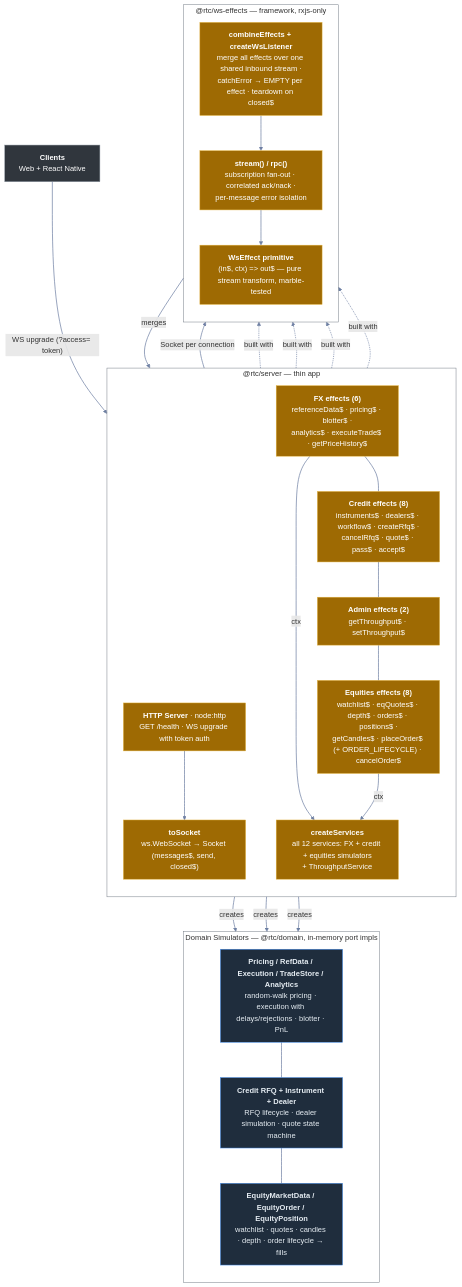
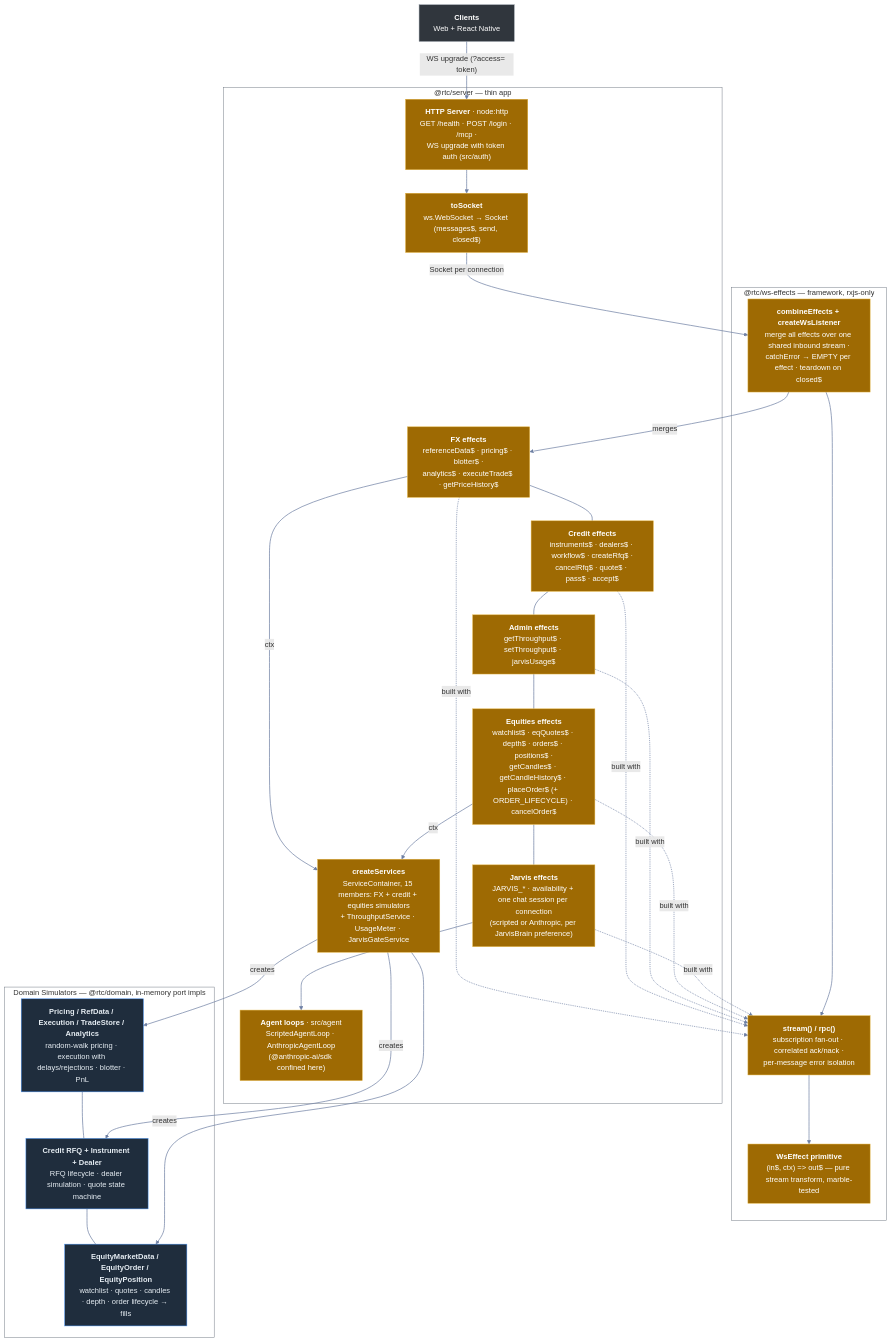
The seventh of 7 diagrams in docs/architecture/02-c4-model.md (bettersoftware-io/ReactiveTraderCloudClone), drawn with Mermaid before and after one commit. The commit also changed other lines of this file, not shown here.

First line of the commit message:
docs(architecture): C4 containers cover the cores, leaves and tooling

````diff
--- a/docs/architecture/02-c4-model.md
+++ b/docs/architecture/02-c4-model.md
@@ -353,50 +405,51 @@
 ```mermaid
 flowchart TB
     client["<b>Clients</b><br/>Web + React Native"]:::actor
 
     subgraph srv["@rtc/server — thin app"]
-        direction TB
-        http["<b>HTTP Server</b> · node:http<br/>GET /health · WS upgrade with token auth"]:::server
+        http["<b>HTTP Server</b> · node:http<br/>GET /health · POST /login · /mcp ·<br/>WS upgrade with token auth (src/auth)"]:::server
         toSocket["<b>toSocket</b><br/>ws.WebSocket → Socket (messages$, send, closed$)"]:::server
-        fxFx["<b>FX effects (6)</b><br/>referenceData$ · pricing$ · blotter$ ·<br/>analytics$ · executeTrade$ · getPriceHistory$"]:::server
-        fxCredit["<b>Credit effects (8)</b><br/>instruments$ · dealers$ · workflow$ · createRfq$ ·<br/>cancelRfq$ · quote$ · pass$ · accept$"]:::server
-        fxAdmin["<b>Admin effects (2)</b><br/>getThroughput$ · setThroughput$"]:::server
-        fxEq["<b>Equities effects (8)</b><br/>watchlist$ · eqQuotes$ · depth$ · orders$ · positions$ ·<br/>getCandles$ · placeOrder$ (+ ORDER_LIFECYCLE) · cancelOrder$"]:::server
-        svcContainer["<b>createServices</b><br/>all 12 services: FX + credit + equities simulators<br/>+ ThroughputService"]:::server
+        fxFx["<b>FX effects</b><br/>referenceData$ · pricing$ · blotter$ ·<br/>analytics$ · executeTrade$ · getPriceHistory$"]:::server
+        fxCredit["<b>Credit effects</b><br/>instruments$ · dealers$ · workflow$ · createRfq$ ·<br/>cancelRfq$ · quote$ · pass$ · accept$"]:::server
+        fxAdmin["<b>Admin effects</b><br/>getThroughput$ · setThroughput$ · jarvisUsage$"]:::server
+        fxEq["<b>Equities effects</b><br/>watchlist$ · eqQuotes$ · depth$ · orders$ · positions$ ·<br/>getCandles$ · getCandleHistory$ · placeOrder$ (+ ORDER_LIFECYCLE) · cancelOrder$"]:::server
+        fxJarvis["<b>Jarvis effects</b><br/>JARVIS_* · availability + one chat session per connection<br/>(scripted or Anthropic, per JarvisBrain preference)"]:::server
+        agent["<b>Agent loops</b> · src/agent<br/>ScriptedAgentLoop · AnthropicAgentLoop<br/>(@anthropic-ai/sdk confined here)"]:::server
+        svcContainer["<b>createServices</b><br/>ServiceContainer, 15 members: FX + credit + equities simulators<br/>+ ThroughputService · UsageMeter · JarvisGateService"]:::server
         http --> toSocket
         fxFx ~~~ fxCredit ~~~ fxAdmin ~~~ fxEq
+        fxEq ~~~ fxJarvis
+        fxJarvis --> agent
     end
 
     subgraph fw["@rtc/ws-effects — framework, rxjs-only"]
-        direction TB
         combine["<b>combineEffects + createWsListener</b><br/>merge all effects over one shared inbound stream ·<br/>catchError → EMPTY per effect · teardown on closed$"]:::server
         sugar["<b>stream() / rpc()</b><br/>subscription fan-out · correlated ack/nack ·<br/>per-message error isolation"]:::server
         effectType["<b>WsEffect primitive</b><br/>(in$, ctx) => out$ — pure stream transform, marble-tested"]:::server
         combine --> sugar --> effectType
     end
 
     subgraph simulators["Domain Simulators — @rtc/domain, in-memory port impls"]
-        direction TB
         pricingSim["<b>Pricing / RefData / Execution / TradeStore / Analytics</b><br/>random-walk pricing · execution with delays/rejections · blotter · PnL"]:::domain
         rfqSim["<b>Credit RFQ + Instrument + Dealer</b><br/>RFQ lifecycle · dealer simulation · quote state machine"]:::domain
         eqSim["<b>EquityMarketData / EquityOrder / EquityPosition</b><br/>watchlist · quotes · candles · depth · order lifecycle → fills"]:::domain
         pricingSim ~~~ rfqSim ~~~ eqSim
     end
 
     client -->|"WS upgrade (?access= token)"| http
     toSocket -->|"Socket per connection"| combine
     combine -->|"merges"| fxFx
-    fxFx & fxCredit & fxAdmin & fxEq -.->|"built with"| sugar
+    fxFx & fxCredit & fxAdmin & fxEq & fxJarvis -.->|"built with"| sugar
     fxFx & fxEq -->|"ctx"| svcContainer
     svcContainer -->|"creates"| pricingSim
     svcContainer -->|"creates"| rfqSim
     svcContainer -->|"creates"| eqSim
 
     classDef actor  fill:#30363d,stroke:#8b949e,color:#ffffff
     classDef server fill:#9e6a03,stroke:#e3b341,color:#ffffff
     classDef domain fill:#1f2d3d,stroke:#4493f8,color:#e6edf3
     style srv fill:transparent,stroke:#6e7681
     style fw fill:transparent,stroke:#6e7681
     style simulators fill:transparent,stroke:#6e7681
     linkStyle default stroke:#6e7fa3,stroke-width:1.5px
 ```
````
